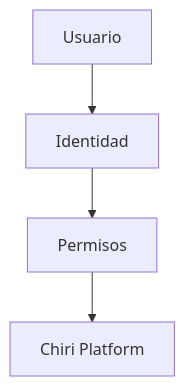
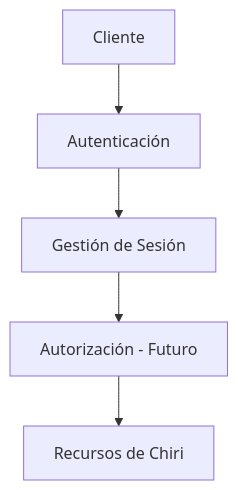
Before and after one commit to chirijose79-ui/Chiri: the fifth of 6 diagrams in docs/100_DecisionesArquitectura.md, drawn with Mermaid. The commit also changed other lines of this file, not shown here.

Commit message:
docs(architecture): align security and authorization decisions

````diff
--- a/docs/100_DecisionesArquitectura.md
+++ b/docs/100_DecisionesArquitectura.md
@@ -215,11 +222,19 @@
 ```mermaid
 flowchart TD
-    Usuario --> Autenticacion
-    Autenticacion --> Autorizacion
+
+    Cliente["Cliente"]
+
+    Autenticacion["Autenticación"]
+
+    Sesion["Gestión de Sesión"]
+
+    Autorizacion["Autorización - Futuro"]
+
+    Sistema["Recursos de Chiri"]
+
+
+    Cliente --> Autenticacion
+    Autenticacion --> Sesion
+    Sesion --> Autorizacion
     Autorizacion --> Sistema
-
-    Usuario["Usuario"]
-    Autenticacion["Identidad"]
-    Autorizacion["Permisos"]
-    Sistema["Chiri Platform"]
 ```
````
